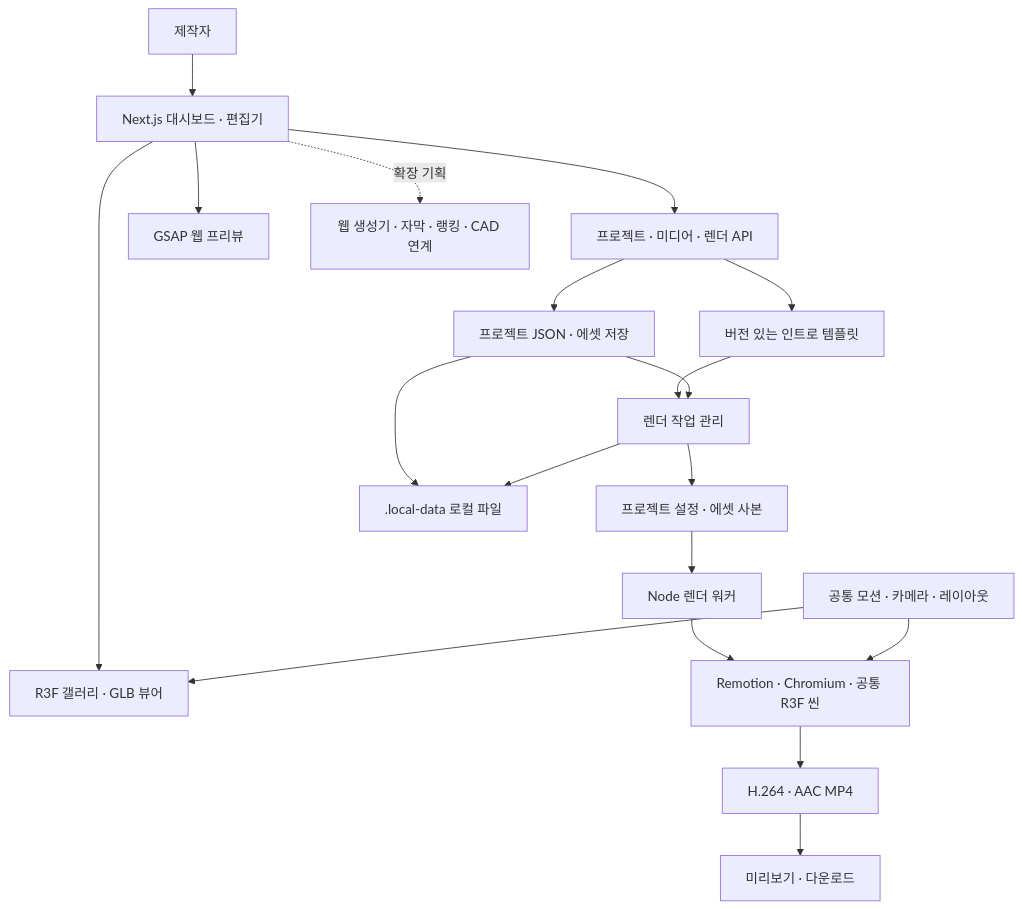
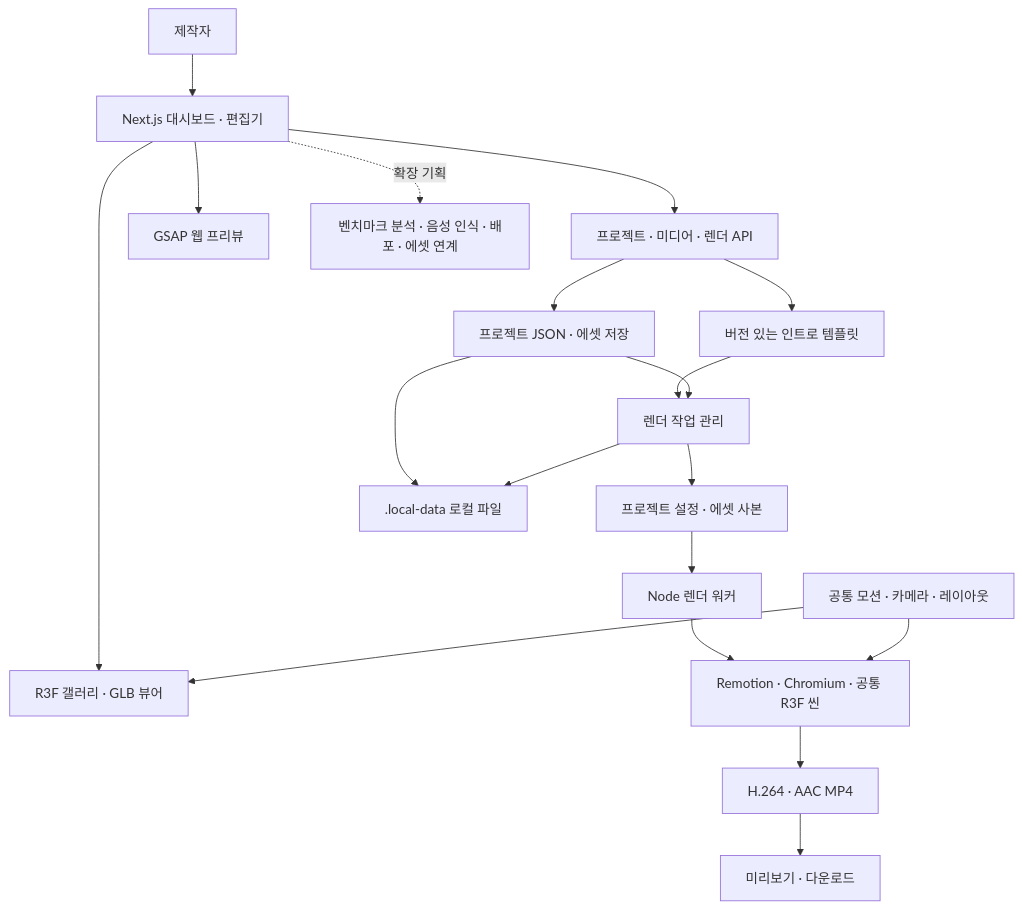
The diagram in README.md (DevOps0906/Motion-Studio), drawn with Mermaid before and after one commit. The commit also changed other lines of this file and 44 other files, not shown here.

````diff
--- a/README.md
+++ b/README.md
@@ -69,21 +83,21 @@
 ```mermaid
 flowchart TB
   User[제작자] --> UI[Next.js 대시보드 · 편집기]
   UI --> API[프로젝트 · 미디어 · 렌더 API]
   UI --> Web[GSAP 웹 프리뷰]
   UI --> Gallery[R3F 갤러리 · GLB 뷰어]
   API --> Store[프로젝트 JSON · 에셋 저장]
   API --> Template[버전 있는 인트로 템플릿]
   Template --> Render[렌더 작업 관리]
   Store --> Render
   Render --> Snapshot[프로젝트 설정 · 에셋 사본]
   Snapshot --> Worker[Node 렌더 워커]
   Worker --> Remotion[Remotion · Chromium · 공통 R3F 씬]
   Remotion --> MP4[H.264 · AAC MP4]
   MP4 --> Result[미리보기 · 다운로드]
   Store --> Disk[.local-data 로컬 파일]
   Render --> Disk
   Motion[공통 모션 · 카메라 · 레이아웃] --> Gallery
   Motion --> Remotion
-  UI -. 확장 기획 .-> Future[웹 생성기 · 자막 · 랭킹 · CAD 연계]
+  UI -. 확장 기획 .-> Future[벤치마크 분석 · 음성 인식 · 배포 · 에셋 연계]
 ```
````
